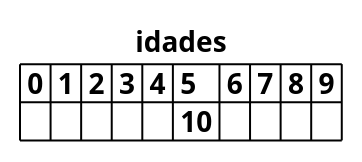
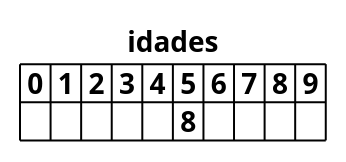
The first of 2 diagrams in src/02_java/01_codificando.md (leandro-costa/vuepresspoo), drawn with PlantUML before and after one commit. The commit also changed other lines of this file, not shown here.

```diff
--- a/src/02_java/01_codificando.md
+++ b/src/02_java/01_codificando.md
@@ -368,8 +368,8 @@
 @startuml
 title
   idades
   | 0 | 1 | 2 | 3 | 4 | 5 | 6 | 7 | 8 | 9 |
-  |  |  |  |  |  | 10 |  |  |  |  |
+  |  |  |  |  |  | 8 |  |  |  |  |
 end title
 
 @enduml
```
